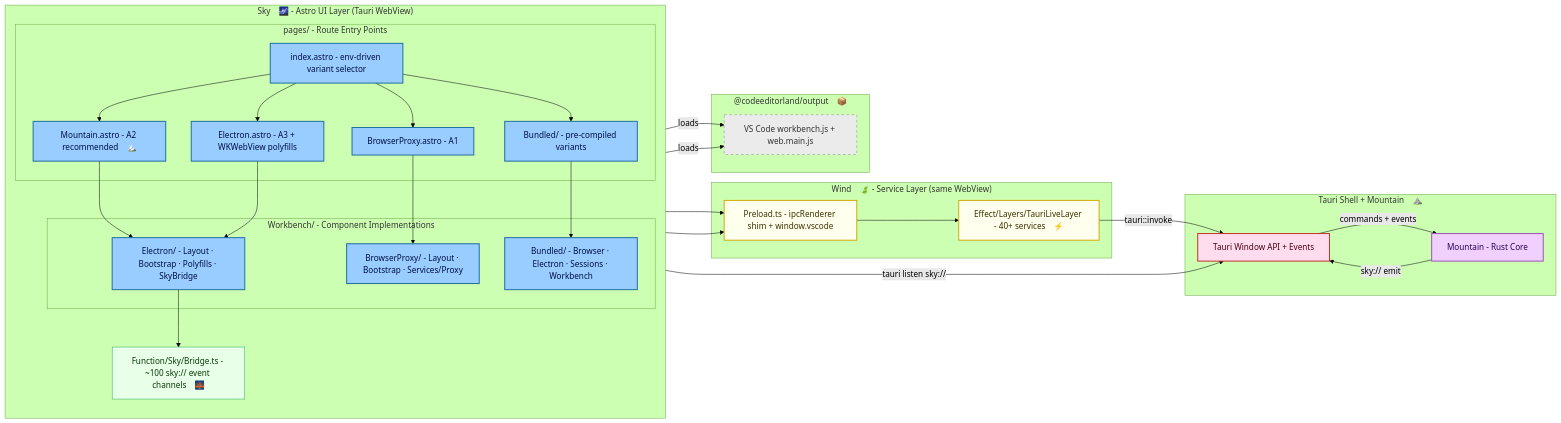
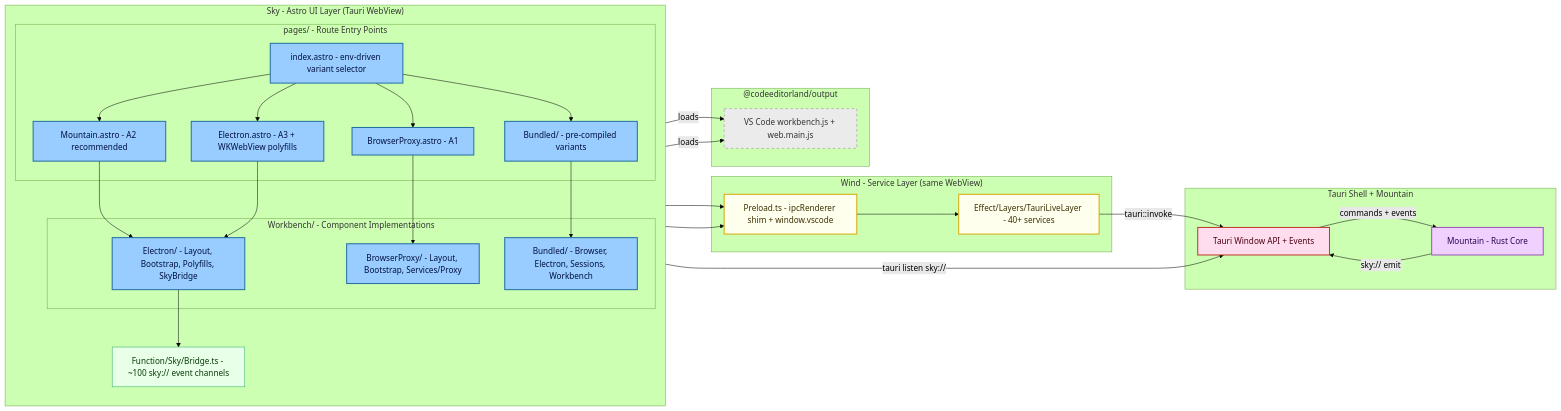
One commit to CodeEditorLand/Sky changed the fourth of 10 diagrams in README.md. Above: the diagram before and after it, drawn with Mermaid (forest theme). The commit also changed other lines of this file and 1 other file, not shown here.

````diff
--- a/README.md
+++ b/README.md
@@ -148,59 +182,59 @@
 ```mermaid
 graph LR
     classDef sky      fill:#9cf,stroke:#2471a3,stroke-width:2px,color:#001040;
     classDef wind     fill:#ffe,stroke:#d4ac0d,stroke-width:2px,color:#3d3000;
     classDef tauri    fill:#fde,stroke:#c0392b,stroke-width:2px,color:#4a0010;
     classDef mountain fill:#f0d0ff,stroke:#9b59b6,stroke-width:2px,color:#2c0050;
     classDef external fill:#ebebeb,stroke:#888,stroke-dasharray:5 5,color:#333;
     classDef bridge   fill:#e8ffe8,stroke:#27ae60,stroke-width:1px,color:#0a3a0a;
 
-    subgraph SKY["Sky 🌌 - Astro UI Layer (Tauri WebView)"]
+    subgraph SKY["Sky - Astro UI Layer (Tauri WebView)"]
         direction TB
         subgraph PAGES["pages/ - Route Entry Points"]
             IndexPage["index.astro - env-driven variant selector"]:::sky
-            MountainPage["Mountain.astro - A2 recommended 🏔️"]:::sky
+            MountainPage["Mountain.astro - A2 recommended"]:::sky
             ElectronPage["Electron.astro - A3 + WKWebView polyfills"]:::sky
             BrowserPage["BrowserProxy.astro - A1"]:::sky
             BundledPages["Bundled/ - pre-compiled variants"]:::sky
         end
         subgraph WORKBENCH["Workbench/ - Component Implementations"]
-            ElectronWB["Electron/ - Layout · Bootstrap · Polyfills · SkyBridge"]:::sky
-            BrowserProxyWB["BrowserProxy/ - Layout · Bootstrap · Services/Proxy"]:::sky
-            BundledWB["Bundled/ - Browser · Electron · Sessions · Workbench"]:::sky
+            ElectronWB["Electron/ - Layout, Bootstrap, Polyfills, SkyBridge"]:::sky
+            BrowserProxyWB["BrowserProxy/ - Layout, Bootstrap, Services/Proxy"]:::sky
+            BundledWB["Bundled/ - Browser, Electron, Sessions, Workbench"]:::sky
         end
-        SkyBridge["Function/Sky/Bridge.ts - ~100 sky:// event channels 🌉"]:::bridge
+        SkyBridge["Function/Sky/Bridge.ts - ~100 sky:// event channels"]:::bridge
     end
 
-    subgraph WIND["Wind 🍃 - Service Layer (same WebView)"]
+    subgraph WIND["Wind - Service Layer (same WebView)"]
         WindPreload["Preload.ts - ipcRenderer shim + window.vscode"]:::wind
-        WindServices["Effect/Layers/TauriLiveLayer - 40+ services ⚡"]:::wind
+        WindServices["Effect/Layers/TauriLiveLayer - 40+ services"]:::wind
     end
 
-    subgraph BACKEND["Tauri Shell + Mountain ⛰️"]
+    subgraph BACKEND["Tauri Shell + Mountain"]
         TauriAPI["Tauri Window API + Events"]:::tauri
         MountainCore["Mountain - Rust Core"]:::mountain
     end
 
-    subgraph OUTPUT["@codeeditorland/output 📦"]
+    subgraph OUTPUT["@codeeditorland/output"]
         VSCodeUI["VS Code workbench.js + web.main.js"]:::external
     end
 
     IndexPage --> MountainPage
     IndexPage --> ElectronPage
     IndexPage --> BrowserPage
     MountainPage --> ElectronWB
     ElectronPage --> ElectronWB
     BrowserPage --> BrowserProxyWB
     IndexPage --> BundledPages
     BundledPages --> BundledWB
     ElectronWB --> WindPreload
     BrowserProxyWB --> WindPreload
     WindPreload --> WindServices
     ElectronWB -- loads --> VSCodeUI
     BrowserProxyWB -- loads --> VSCodeUI
     ElectronWB --> SkyBridge
     SkyBridge -- tauri listen sky:// --> TauriAPI
     WindServices -- tauri::invoke --> TauriAPI
     TauriAPI -- commands + events --> MountainCore
     MountainCore -- sky:// emit --> TauriAPI
 ```
````
